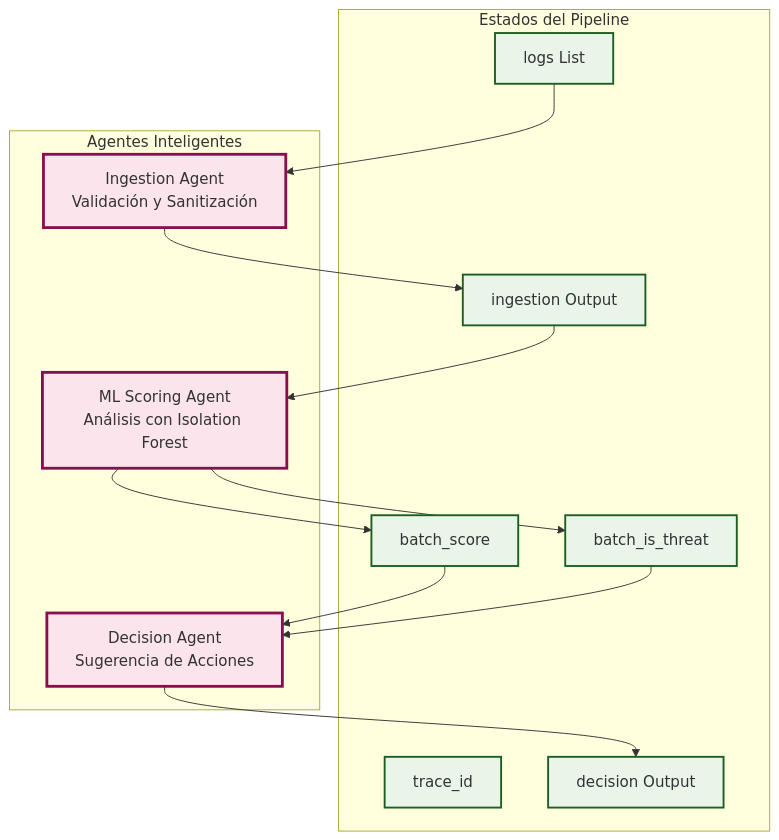
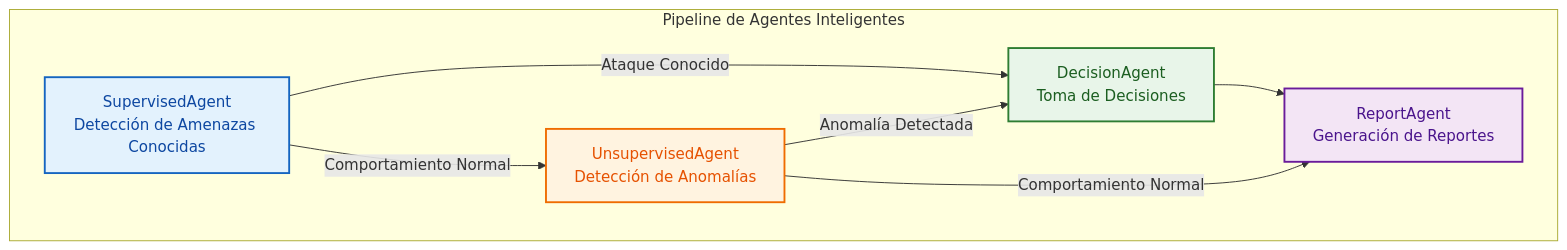
Before and after one commit to EstebanOG/MeLiChallenge-SecurityIA: the second of 2 diagrams in README.md, drawn with Mermaid. The commit also changed other lines of this file, not shown here.

Commit message:
docs: update README to reflect changes in agent architecture and focus on cybersecurity intrusion detection, including detailed descriptions of specialized agents and their roles in the pipeline

````diff
--- a/README.md
+++ b/README.md
@@ -187,37 +198,33 @@
 ```mermaid
 graph TB
     %% Estilos para agentes
-    classDef agentStyle fill:#fce4ec,stroke:#880e4f,stroke-width:3px
-    classDef stateStyle fill:#e8f5e8,stroke:#1b5e20,stroke-width:2px
+    classDef supervisedStyle fill:#e3f2fd,stroke:#1565c0,stroke-width:2px,color:#0d47a1
+    classDef unsupervisedStyle fill:#fff3e0,stroke:#ef6c00,stroke-width:2px,color:#e65100
+    classDef decisionStyle fill:#e8f5e9,stroke:#2e7d32,stroke-width:2px,color:#1b5e20
+    classDef reportStyle fill:#f3e5f5,stroke:#6a1b9a,stroke-width:2px,color:#4a148c
     
-    %% Estados del pipeline
-    subgraph STATES ["Estados del Pipeline"]
-        S1[logs List]
-        S2[trace_id]
-        S3[ingestion Output]
-        S4[batch_score]
-        S5[batch_is_threat]
-        S6[decision Output]
+    %% Agentes especializados
+    subgraph AGENTS ["Pipeline de Agentes Inteligentes"]
+        A1[SupervisedAgent<br/>Detección de Amenazas Conocidas]
+        A2[UnsupervisedAgent<br/>Detección de Anomalías]
+        A3[DecisionAgent<br/>Toma de Decisiones]
+        A4[ReportAgent<br/>Generación de Reportes]
     end
     
-    %% Agentes
-    subgraph AGENTS ["Agentes Inteligentes"]
-        A1[Ingestion Agent<br/>Validación y Sanitización]
-        A2[ML Scoring Agent<br/>Análisis con Isolation Forest]
-        A3[Decision Agent<br/>Sugerencia de Acciones]
-    end
-    
-    %% Flujo del pipeline
-    S1 --> A1
-    A1 --> S3
-    S3 --> A2
-    A2 --> S4
-    A2 --> S5
-    S4 --> A3
-    S5 --> A3
-    A3 --> S6
+    %% Flujo principal con decisiones
+    A1 -->|Ataque Conocido| A3
+    A1 -->|Comportamiento Normal| A2
+    A2 -->|Anomalía Detectada| A3
+    A2 -->|Comportamiento Normal| A4
+    A3 --> A4
     
     %% Aplicar estilos
-    class S1,S2,S3,S4,S5,S6 stateStyle
-    class A1,A2,A3 agentStyle
+    class A1 supervisedStyle
+    class A2 unsupervisedStyle
+    class A3 decisionStyle
+    class A4 reportStyle
+
+    %% Aplicar estilos
+    class A1,A2,A4 agentStyle
+    class A3 decisionStyle
 ```
````
